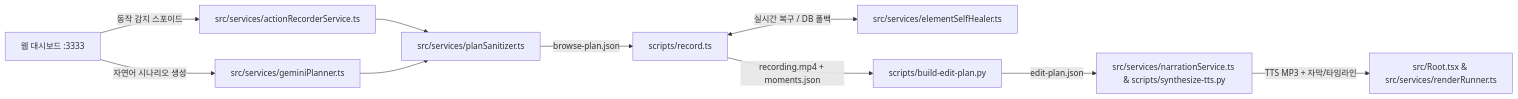
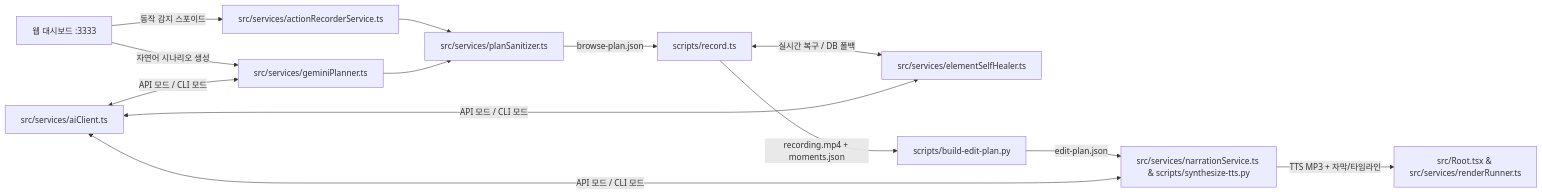
The diagram in AGENTS.md (handsun000/ai-screen-studio), drawn with Mermaid before and after one commit. The commit also changed other lines of this file and 21 other files, not shown here.

Commit message:
feat: add API/CLI execution mode toggle, 1:1 window/viewport sync, and precision eyedropper recording

````diff
--- a/AGENTS.md
+++ b/AGENTS.md
@@ -22,12 +22,15 @@
 ```mermaid
 graph LR
     UI[웹 대시보드 :3333] -->|동작 감지 스포이드| Recorder[src/services/actionRecorderService.ts]
     UI -->|자연어 시나리오 생성| Planner[src/services/geminiPlanner.ts]
     Recorder --> Sanitizer[src/services/planSanitizer.ts]
     Planner --> Sanitizer
     Sanitizer -->|browse-plan.json| Runner[scripts/record.ts]
     Runner <-->|실시간 복구 / DB 폴백| Healer[src/services/elementSelfHealer.ts]
     Runner -->|recording.mp4 + moments.json| EditPlan[scripts/build-edit-plan.py]
     EditPlan -->|edit-plan.json| Narration[src/services/narrationService.ts & scripts/synthesize-tts.py]
     Narration -->|TTS MP3 + 자막/타임라인| Remotion[src/Root.tsx & src/services/renderRunner.ts]
+    AIClient[src/services/aiClient.ts] <-->|API 모드 / CLI 모드| Planner
+    AIClient <-->|API 모드 / CLI 모드| Healer
+    AIClient <-->|API 모드 / CLI 모드| Narration
 ```
````
